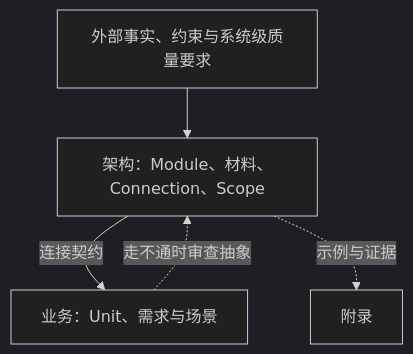
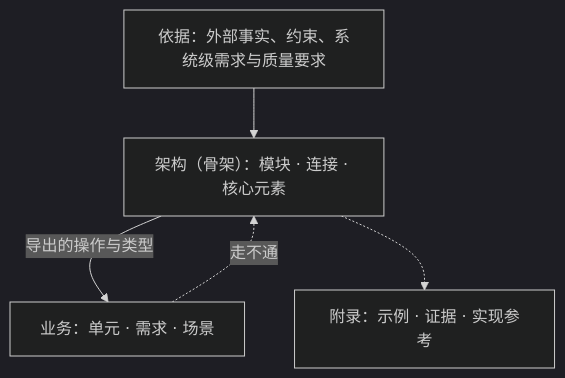
One commit to mouriya-s-lab/SSoT changed the first of 2 diagrams in skills/software-design/SKILL.md. Above: the diagram before and after it, drawn with Mermaid (dark theme). The commit also changed other lines of this file and 34 other files, not shown here.

````diff
--- a/skills/software-design/SKILL.md
+++ b/skills/software-design/SKILL.md
@@ -28,7 +30,7 @@
 ```mermaid
 flowchart TB
-    G[外部事实、约束与系统级质量要求] --> A[架构：Module、材料、Connection、Scope]
-    A -->|连接契约| B[业务：Unit、需求与场景]
-    B -.->|走不通时审查抽象| A
-    A -.->|示例与证据| X[附录]
+    G["依据：外部事实、约束、系统级需求与质量要求"] --> A["架构（骨架）：模块 · 连接 · 核心元素"]
+    A -->|"导出的操作与类型"| B["业务：单元 · 需求 · 场景"]
+    B -.->|"走不通"| A
+    A -.-> X["附录：示例 · 证据 · 实现参考"]
 ```
````
